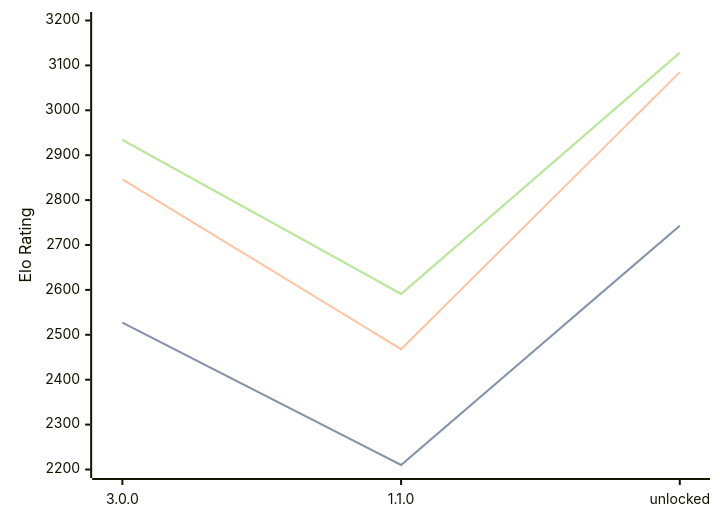
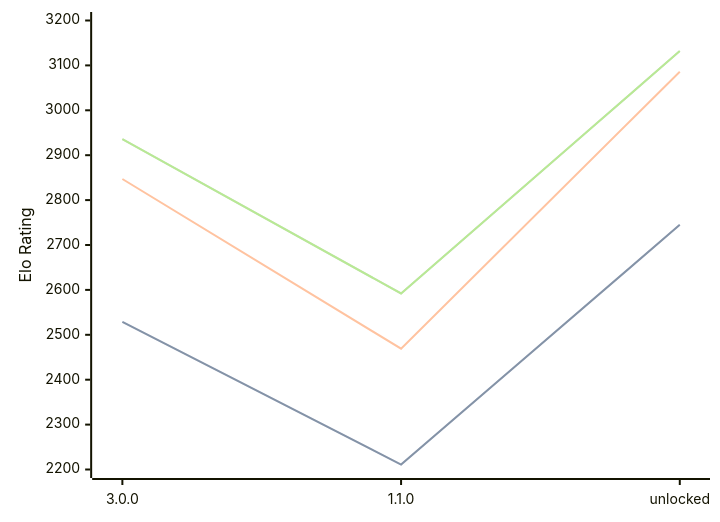
One commit to computer-chess-index/cci changed the diagram in engines/Potential.md. Above: the diagram before and after it, drawn with Mermaid. The commit also changed other lines of this file, not shown here.

Commit message:
Update CCI Ratings (ELO VLTC) - 2026-08-09

````diff
--- a/engines/Potential.md
+++ b/engines/Potential.md
@@ -33,11 +33,11 @@
 ```mermaid
 %%{init: {"theme":"base","themeVariables":{"seriesColors:['#a3a3a3','#222221','#faa371']}}}%%
 xychart-beta
   x-axis ["3.0.0", "1.1.0", "unlocked"]
   y-axis "Elo Rating" 2200 --> 3200
-  line "STC (8.0+0.08s)" [2527, 2210, 2743]
-  line "STC (8.0+0.08s)" [2527, 2210, 2743]
-  line "LTC (60.0+0.60s)" [2846, 2468, 3085]
-  line "VLTC (2m24s+1.12s)" [2934, 2591, 3128]
-  line "VLTC (2m24s+1.12s)" [2934, 2591, 3128]
+  line "STC (8.0+0.08s)" [2529, 2211, 2745]
+  line "STC (8.0+0.08s)" [2529, 2211, 2745]
+  line "LTC (60.0+0.60s)" [2847, 2469, 3086]
+  line "VLTC (2m24s+1.12s)" [2936, 2592, 3132]
+  line "VLTC (2m24s+1.12s)" [2936, 2592, 3132]
 ```
````
